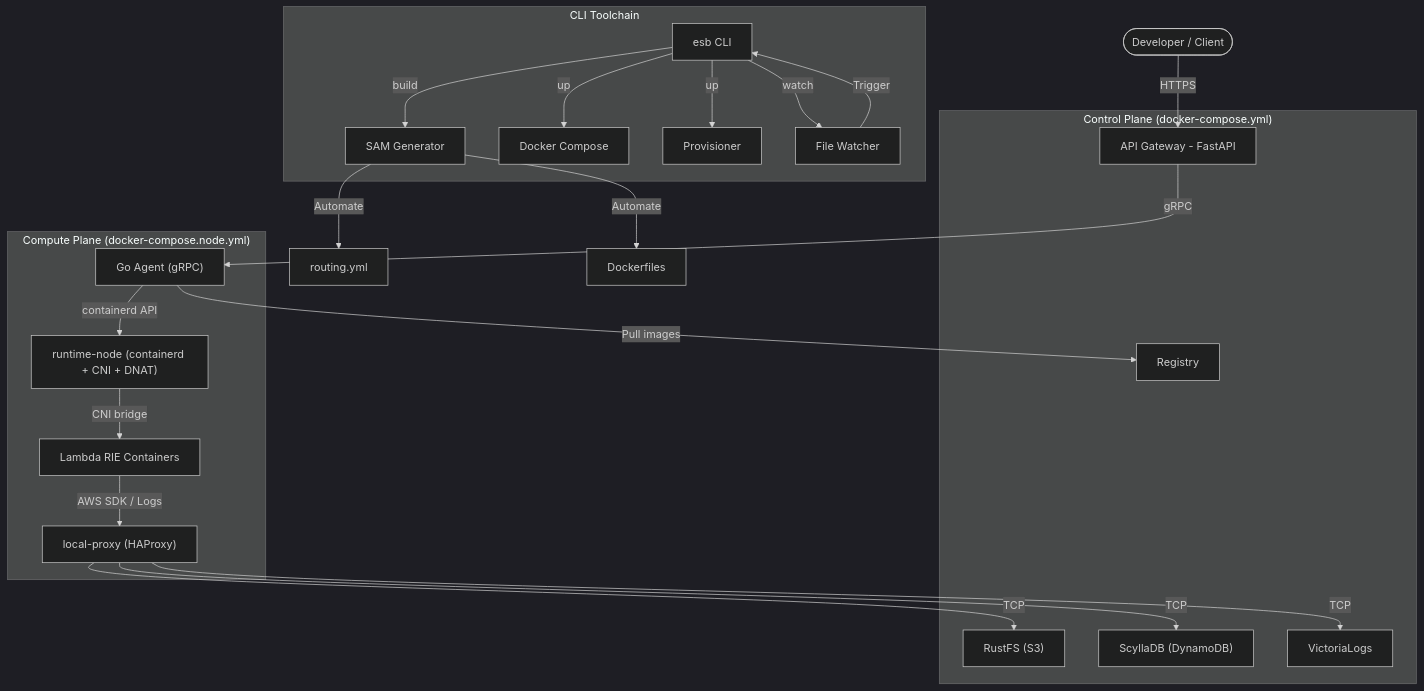
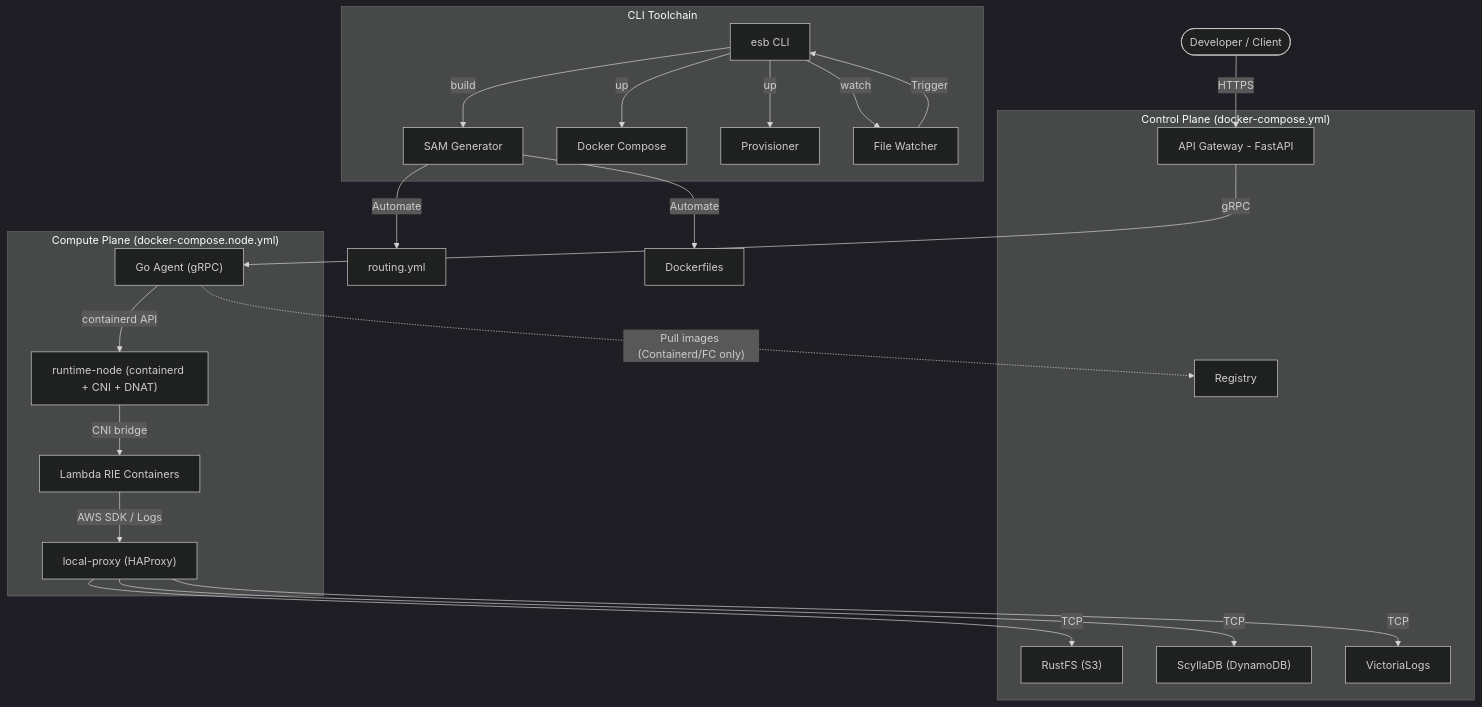
Before and after one commit to poruru-code/esb: the diagram in README.md, drawn with Mermaid (dark theme). The commit also changed other lines of this file and 24 other files, not shown here.

````diff
--- a/README.md
+++ b/README.md
@@ -87,39 +87,39 @@
 ```mermaid
 flowchart TD
     User([Developer / Client]) -->|HTTPS| Gateway["API Gateway - FastAPI"]
 
     subgraph Control ["Control Plane (docker-compose.yml)"]
         Gateway
         RustFS["RustFS (S3)"]
         ScyllaDB["ScyllaDB (DynamoDB)"]
         VictoriaLogs["VictoriaLogs"]
         Registry["Registry"]
     end
 
     subgraph Compute ["Compute Plane (docker-compose.node.yml)"]
         RuntimeNode["runtime-node (containerd + CNI + DNAT)"]
         Agent["Go Agent (gRPC)"]
         LocalProxy["local-proxy (HAProxy)"]
         LambdaRIE["Lambda RIE Containers"]
     end
 
     Gateway -->|gRPC| Agent
     Agent -->|containerd API| RuntimeNode
     RuntimeNode -->|CNI bridge| LambdaRIE
     LambdaRIE -->|AWS SDK / Logs| LocalProxy
     LocalProxy -->|TCP| RustFS
     LocalProxy -->|TCP| ScyllaDB
     LocalProxy -->|TCP| VictoriaLogs
-    Agent -->|Pull images| Registry
+    Agent -.->|"Pull images (Containerd/FC only)"| Registry
     
     subgraph Toolchain ["CLI Toolchain"]
         esb[esb CLI] -->|build| Generator[SAM Generator]
         esb -->|up| DockerCompose[Docker Compose]
         esb -->|up| Provisioner[Provisioner]
         esb -->|watch| Watcher[File Watcher]
     end
     
     Generator -->|Automate| Routing[routing.yml]
     Generator -->|Automate| Dockerfiles[Dockerfiles]
     Watcher -->|Trigger| esb
 ```
````
